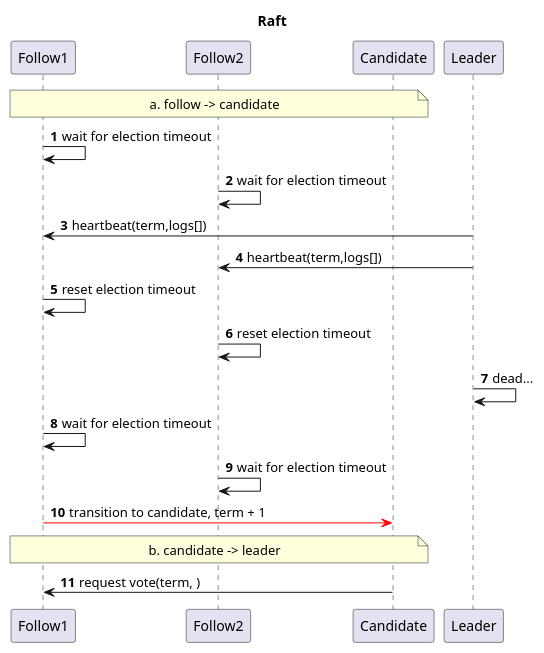
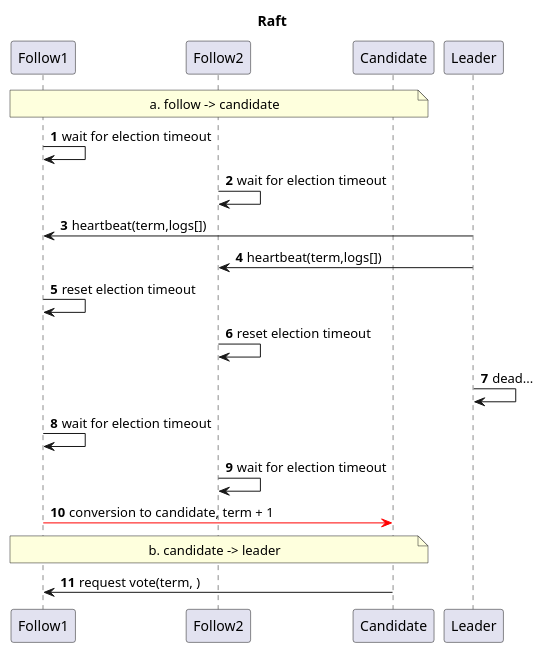
One commit to leemos-xx/astra changed the diagram in doc/raft.plantuml. Above: the diagram before and after it, drawn with PlantUML. The commit also changed 5 other files, not shown here.

```diff
--- a/doc/raft.plantuml
+++ b/doc/raft.plantuml
@@ -1,32 +1,32 @@
 @startuml
 
 title Raft
 
 participant "Follow1" as f1
 participant "Follow2" as f2
 participant "Candidate" as c
 participant "Leader" as l
 
 autonumber
 
 note over f1, c
 a. follow -> candidate
 end note
 f1 -> f1: wait for election timeout
 f2 -> f2: wait for election timeout
 l -> f1: heartbeat(term,logs[])
 l -> f2: heartbeat(term,logs[])
 f1 -> f1: reset election timeout
 f2 -> f2: reset election timeout
 l -> l: dead...
 f1 -> f1: wait for election timeout
 f2 -> f2: wait for election timeout
-f1 -[#red]> c: transition to candidate, term + 1
+f1 -[#red]> c: conversion to candidate, term + 1
 
 note over f1, c
 b. candidate -> leader
 end note
 c -> f1: request vote(term, )
 
 
 @enduml
```
